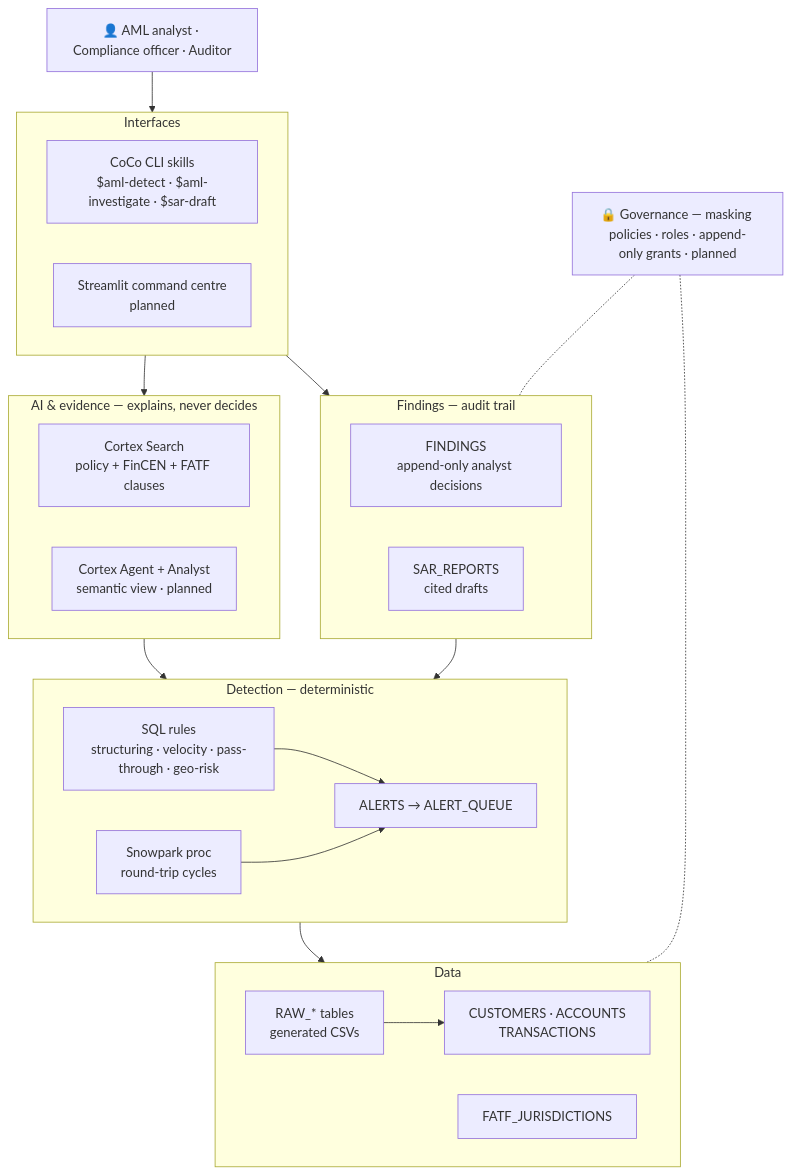
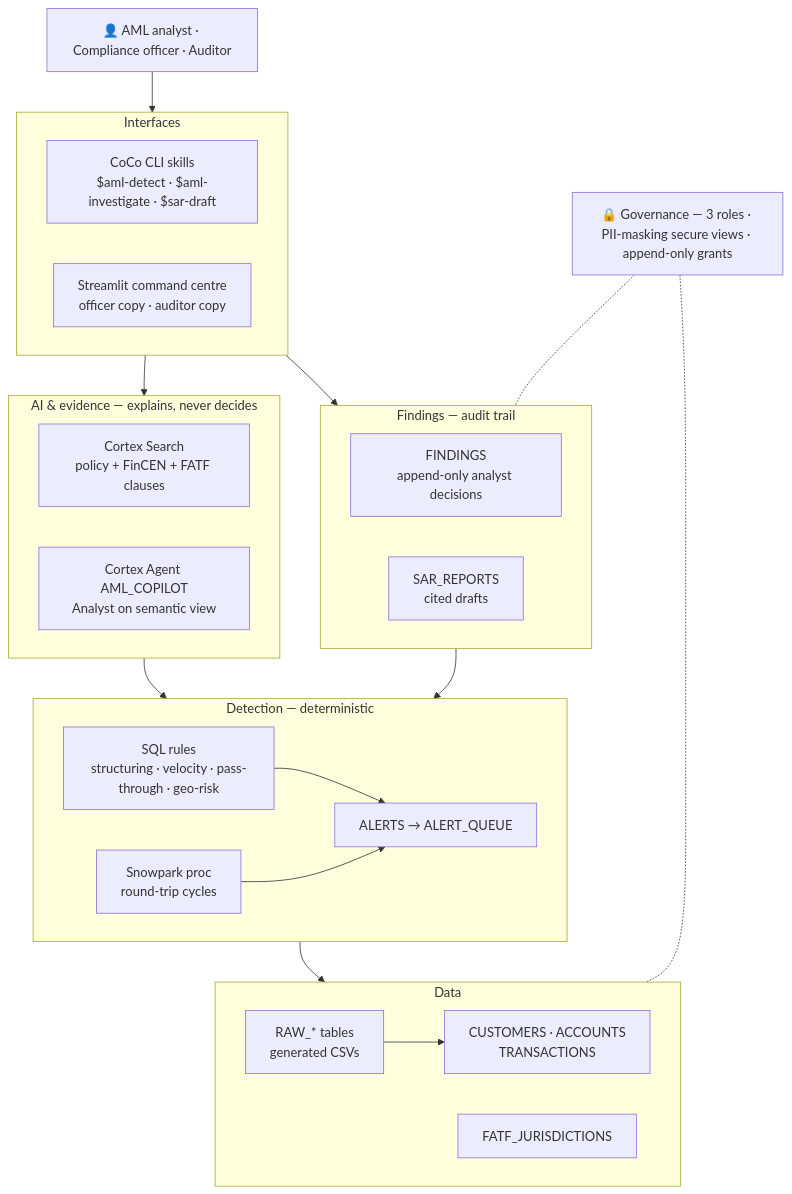
The first of 7 diagrams in README.md (Pranav-error/risk-copilot), drawn with Mermaid before and after one commit. The commit also changed other lines of this file and 7 other files, not shown here.

First line of the commit message:
Streamlit command centre, deployed as officer and auditor copies; README complete

````diff
--- a/README.md
+++ b/README.md
@@ -64,50 +64,50 @@
 ```mermaid
 flowchart TB
     U["👤 AML analyst · Compliance officer · Auditor"]
 
     subgraph IF["Interfaces"]
         direction LR
         COCO["CoCo CLI skills<br/>$aml-detect · $aml-investigate · $sar-draft"]
-        APP["Streamlit command centre<br/>planned"]
+        APP["Streamlit command centre<br/>officer copy · auditor copy"]
     end
 
     subgraph AI["AI & evidence — explains, never decides"]
         direction LR
         CSS["Cortex Search<br/>policy + FinCEN + FATF clauses"]
-        AGT["Cortex Agent + Analyst<br/>semantic view · planned"]
+        AGT["Cortex Agent AML_COPILOT<br/>Analyst on semantic view"]
     end
 
     subgraph FND["Findings — audit trail"]
         direction LR
         FIN["FINDINGS<br/>append-only analyst decisions"]
         SAR["SAR_REPORTS<br/>cited drafts"]
     end
 
     subgraph DET["Detection — deterministic"]
         direction LR
         SQLR["SQL rules<br/>structuring · velocity · pass-through · geo-risk"]
         CYC["Snowpark proc<br/>round-trip cycles"]
         ALR["ALERTS → ALERT_QUEUE"]
     end
 
     subgraph DATA["Data"]
         direction LR
         RAW["RAW_* tables<br/>generated CSVs"]
         CAN["CUSTOMERS · ACCOUNTS<br/>TRANSACTIONS"]
         REF["FATF_JURISDICTIONS"]
     end
 
-    GOV["🔒 Governance — masking policies · roles · append-only grants · planned"]
+    GOV["🔒 Governance — 3 roles · PII-masking secure views · append-only grants"]
 
     U --> IF
     IF --> AI
     IF --> FND
     AI --> DET
     FND --> DET
     DET --> DATA
     RAW --> CAN
     SQLR --> ALR
     CYC --> ALR
     GOV -.- DATA
     GOV -.- FND
 ```
````
